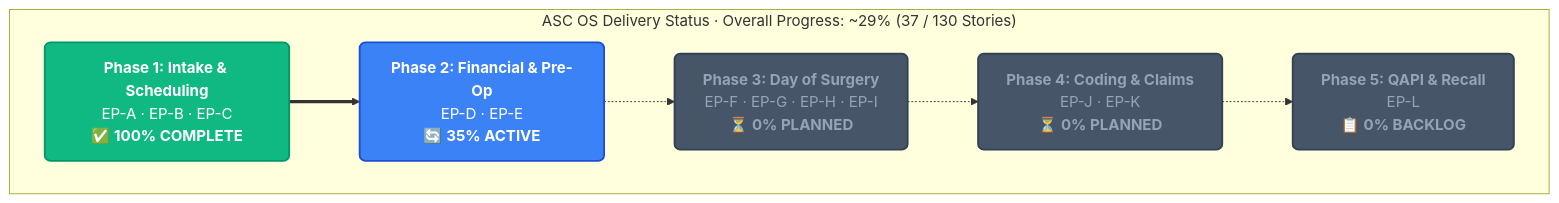
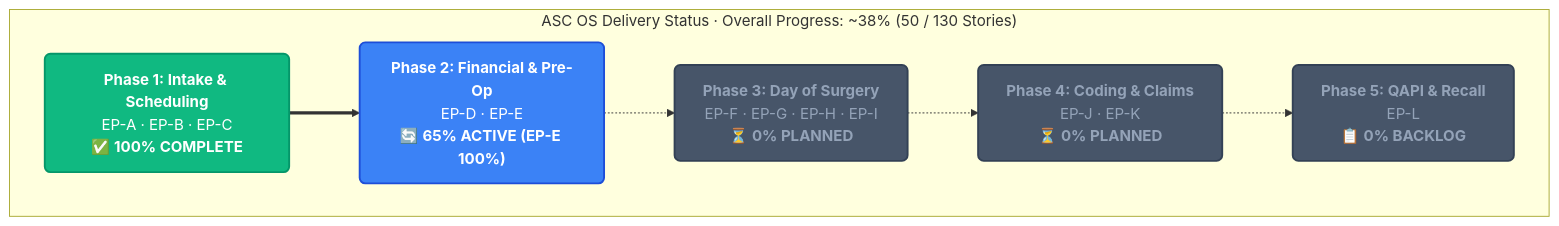
Before and after one commit to imRahul05/ASC-EHR: the first of 2 diagrams in README.md, drawn with Mermaid. The commit also changed other lines of this file and 3 other files, not shown here.

Commit message:
docs: sync P16 completion, EP-E 100% milestone, and delivery roadmap

````diff
--- a/README.md
+++ b/README.md
@@ -20,17 +20,17 @@
 ```mermaid
 flowchart LR
     classDef done fill:#10b981,stroke:#059669,stroke-width:2px,color:#fff,rx:6px,ry:6px
     classDef active fill:#3b82f6,stroke:#1d4ed8,stroke-width:2px,color:#fff,rx:6px,ry:6px
     classDef planned fill:#475569,stroke:#334155,stroke-width:2px,color:#94a3b8,rx:6px,ry:6px
 
-    subgraph Roadmap ["ASC OS Delivery Status · Overall Progress: ~29% (37 / 130 Stories)"]
+    subgraph Roadmap ["ASC OS Delivery Status · Overall Progress: ~38% (50 / 130 Stories)"]
         direction LR
         P1["<b>Phase 1: Intake & Scheduling</b><br/>EP-A · EP-B · EP-C<br/>✅ <b>100% COMPLETE</b>"]:::done
-        P2["<b>Phase 2: Financial & Pre-Op</b><br/>EP-D · EP-E<br/>🔄 <b>35% ACTIVE</b>"]:::active
+        P2["<b>Phase 2: Financial & Pre-Op</b><br/>EP-D · EP-E<br/>🔄 <b>65% ACTIVE (EP-E 100%)</b>"]:::active
         P3["<b>Phase 3: Day of Surgery</b><br/>EP-F · EP-G · EP-H · EP-I<br/>⏳ <b>0% PLANNED</b>"]:::planned
         P4["<b>Phase 4: Coding & Claims</b><br/>EP-J · EP-K<br/>⏳ <b>0% PLANNED</b>"]:::planned
         P5["<b>Phase 5: QAPI & Recall</b><br/>EP-L<br/>📋 <b>0% BACKLOG</b>"]:::planned
 
         P1 ==> P2 -.-> P3 -.-> P4 -.-> P5
     end
 ```
````
